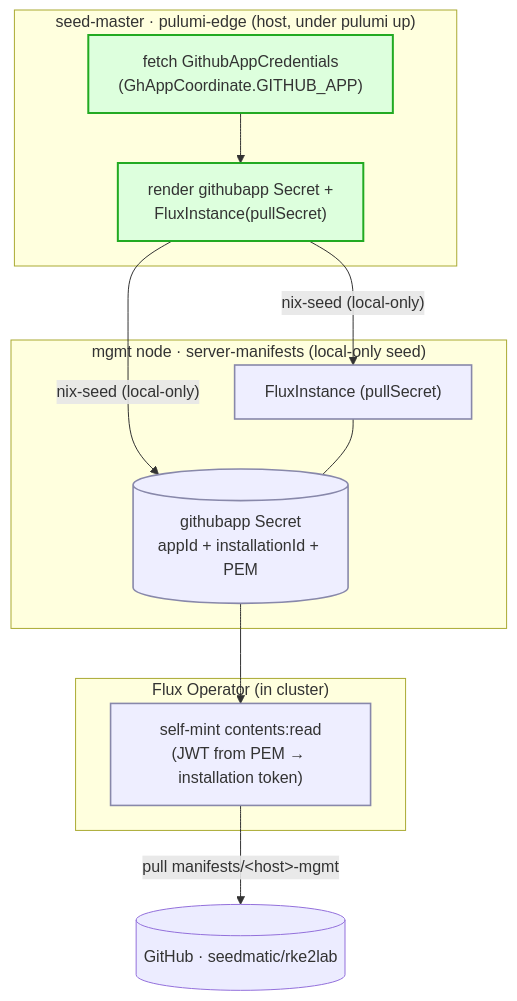
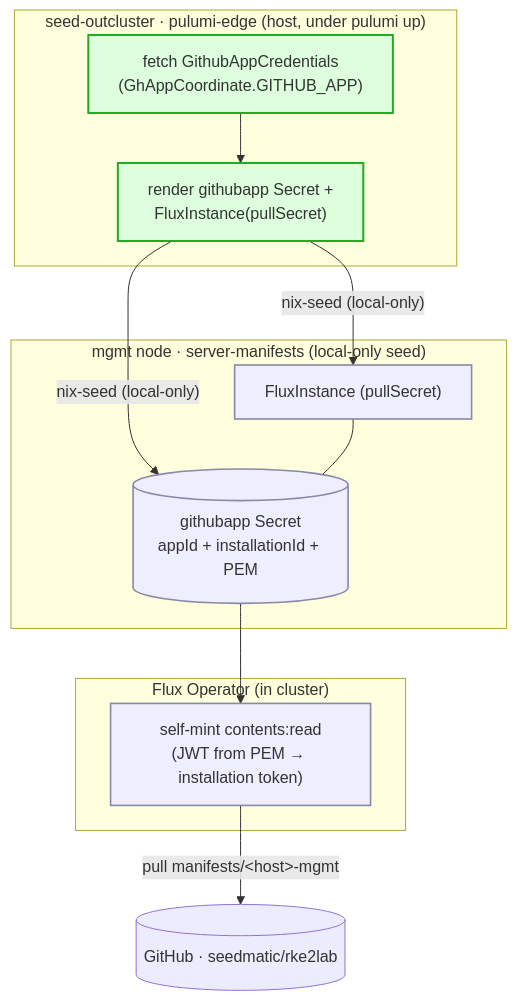
Before and after one commit to seedmatic/rke2lab: the second of 5 diagrams in docs/architecture/osgi/ghapp-domain-spec.adoc, drawn with Mermaid. The commit also changed other lines of this file and 160 other files, not shown here.

First line of the commit message:
refactor(exec)!: `seed-master` → `seed-outcluster`, one axis for the whole chain

```diff
--- a/docs/architecture/osgi/ghapp-domain-spec.adoc
+++ b/docs/architecture/osgi/ghapp-domain-spec.adoc
@@ -172,25 +172,25 @@
 [mermaid,ghapp-flux,svg]
 ----
 flowchart TB
-  subgraph HOST["seed-master · pulumi-edge (host, under pulumi up)"]
+  subgraph HOST["seed-outcluster · pulumi-edge (host, under pulumi up)"]
     FE["fetch GithubAppCredentials<br/>(GhAppCoordinate.GITHUB_APP)"]
     RS["render githubapp Secret +<br/>FluxInstance(pullSecret)"]
     FE --> RS
   end
   subgraph NODE["mgmt node · server-manifests (local-only seed)"]
     SEC[("githubapp Secret<br/>appId + installationId + PEM")]
     FI["FluxInstance (pullSecret)"]
   end
   subgraph FLUX["Flux Operator (in cluster)"]
     MINT["self-mint contents:read<br/>(JWT from PEM → installation token)"]
   end
   GH[("GitHub · seedmatic/rke2lab")]
   RS -->|"nix-seed (local-only)"| SEC
   RS -->|"nix-seed (local-only)"| FI
   FI --- SEC
   SEC --> MINT
   MINT -->|"pull manifests/&lt;host&gt;-mgmt"| GH
   classDef h fill:#dfd,stroke:#2a2,stroke-width:2px;
   classDef c fill:#eef,stroke:#88a,stroke-width:1.6px;
   class FE,RS h; class SEC,FI,MINT c;
 ----
```
